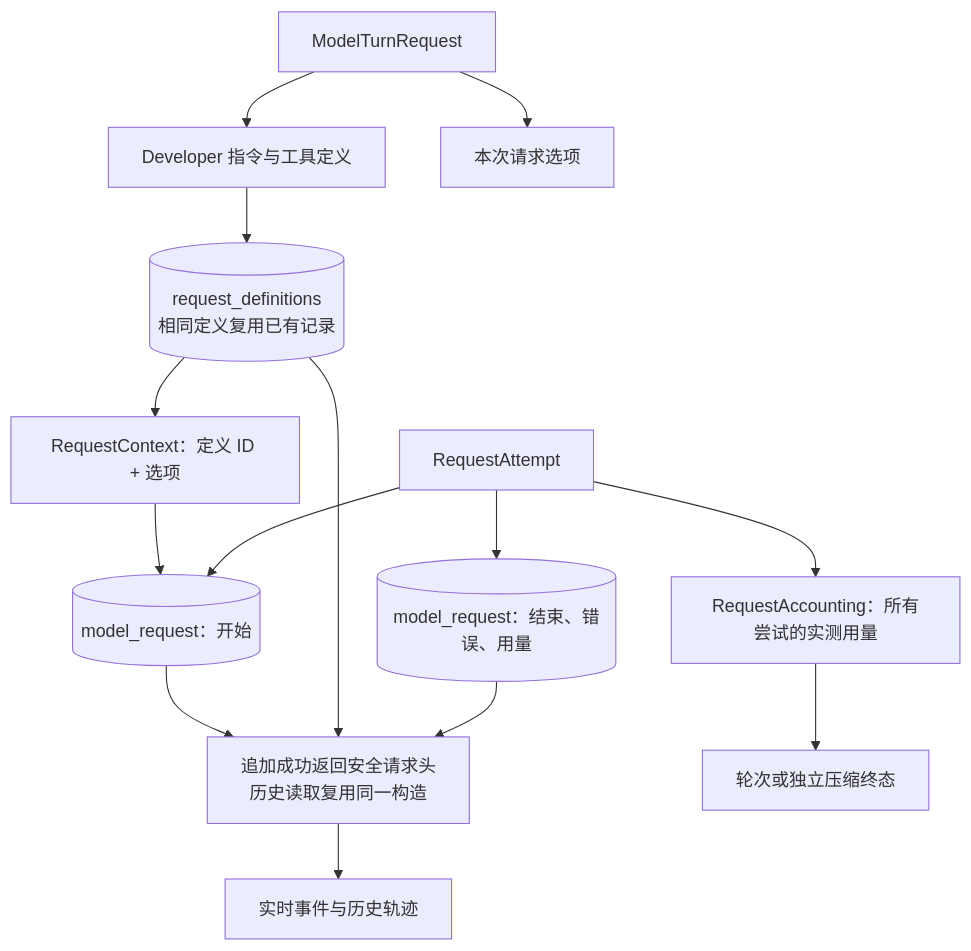
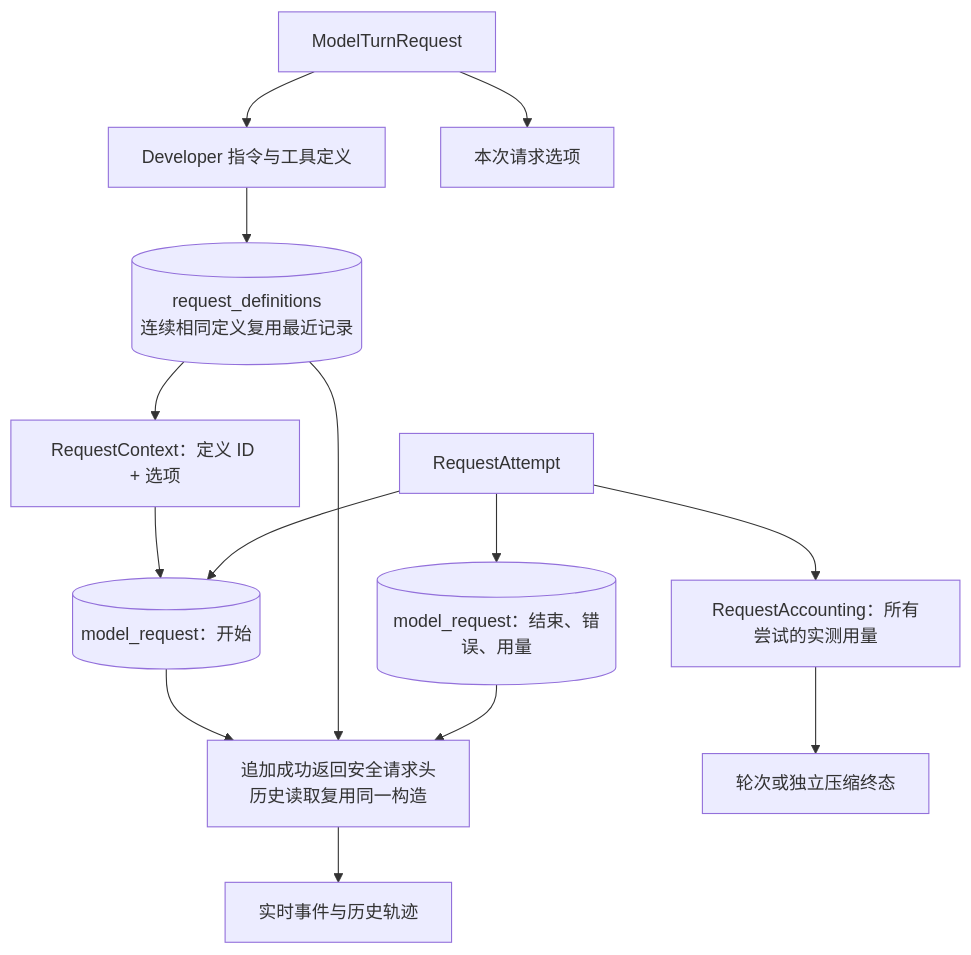
Diagram 26 of 29 in docs/architecture.md (qjcnmd/singularity-agent), drawn with Mermaid before and after one commit. The commit also changed other lines of this file and 137 other files, not shown here.

````diff
--- a/docs/architecture.md
+++ b/docs/architecture.md
@@ -728,16 +726,16 @@
 ```mermaid
 flowchart TB
     Request["ModelTurnRequest"] --> Definitions["Developer 指令与工具定义"]
-    Definitions --> Snapshot[("request_definitions<br/>相同定义复用已有记录")]
+    Definitions --> Snapshot[("request_definitions<br/>连续相同定义复用最近记录")]
     Request --> Preferences["本次请求选项"]
     Snapshot --> Reference["RequestContext：定义 ID + 选项"]
     Reference --> Start[("model_request：开始")]
     Attempt["RequestAttempt"] --> Start
     Attempt --> End[("model_request：结束、错误、用量")]
     Start --> Head["追加成功返回安全请求头<br/>历史读取复用同一构造"]
     Snapshot --> Head
     End --> Head
     Head --> UI["实时事件与历史轨迹"]
     Attempt --> Usage["RequestAccounting：所有尝试的实测用量"]
     Usage --> Terminal["轮次或独立压缩终态"]
 ```
````
